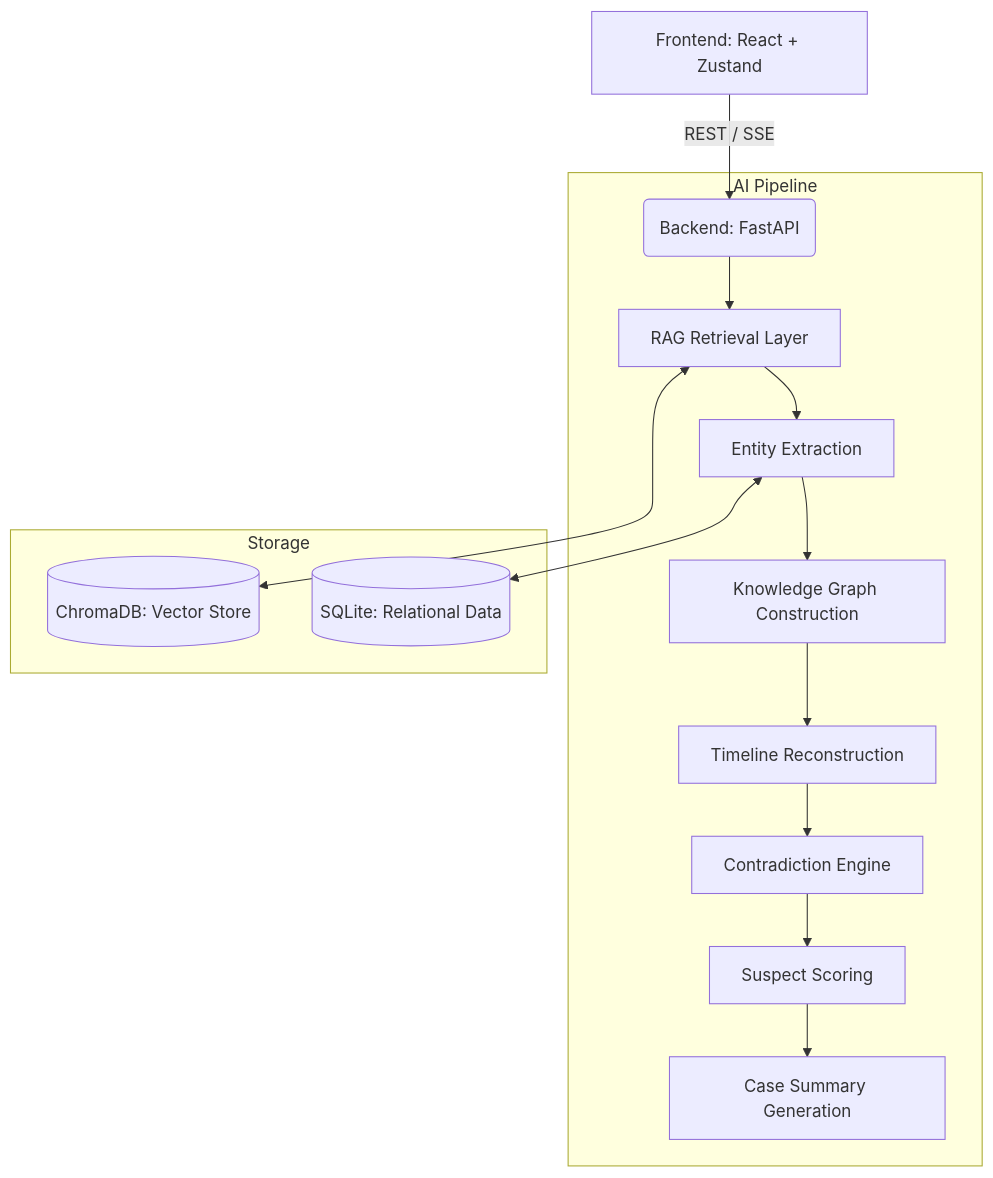
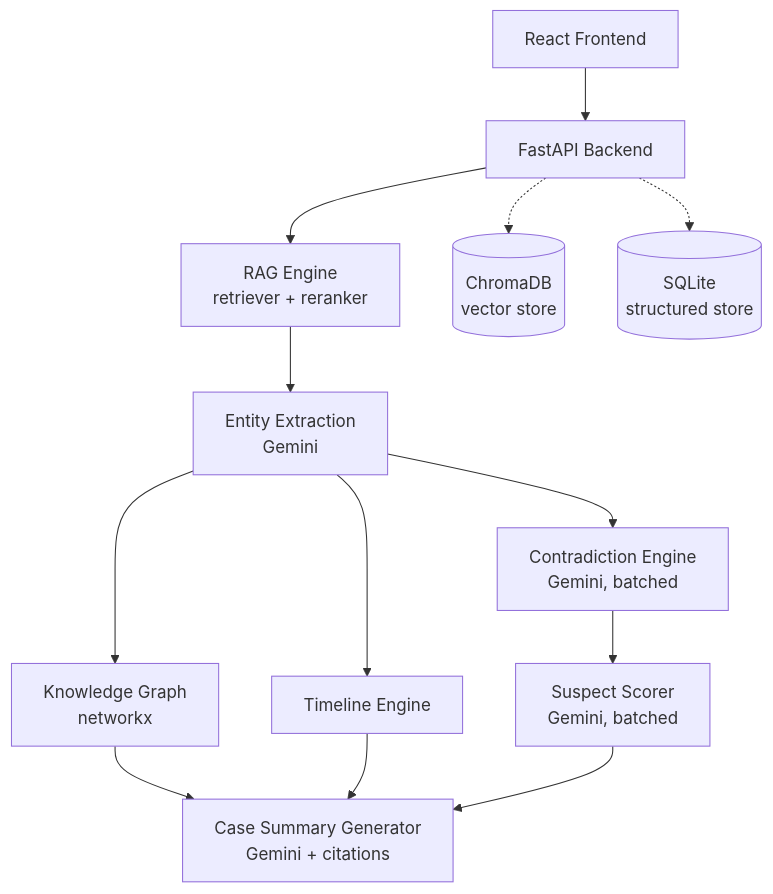
Before and after one commit to cressica18/detective-rag-1: the second of 2 diagrams in README.md, drawn with Mermaid. The commit also changed other lines of this file, not shown here.

````diff
--- a/README.md
+++ b/README.md
@@ -30,19 +219,16 @@
 ```mermaid
 graph TD
-    A[Frontend: React + Zustand] -->|REST / SSE| B(Backend: FastAPI)
-    
-    subgraph AI Pipeline
-        B --> C[RAG Retrieval Layer]
-        C --> D[Entity Extraction]
-        D --> E[Knowledge Graph Construction]
-        E --> F[Timeline Reconstruction]
-        F --> G[Contradiction Engine]
-        G --> H[Suspect Scoring]
-        H --> I[Case Summary Generation]
-    end
-    
-    subgraph Storage
-        C <--> J[(ChromaDB: Vector Store)]
-        D <--> K[(SQLite: Relational Data)]
-    end
+    A[React Frontend] --> B[FastAPI Backend]
+    B --> C[RAG Engine<br/>retriever + reranker]
+    C --> D[Entity Extraction<br/>Gemini]
+    D --> E[Knowledge Graph<br/>networkx]
+    D --> F[Timeline Engine]
+    D --> G[Contradiction Engine<br/>Gemini, batched]
+    G --> H[Suspect Scorer<br/>Gemini, batched]
+    E --> I[Case Summary Generator<br/>Gemini + citations]
+    F --> I
+    H --> I
+
+    B -.-> J[(ChromaDB<br/>vector store)]
+    B -.-> K[(SQLite<br/>structured store)]
 ```
````
